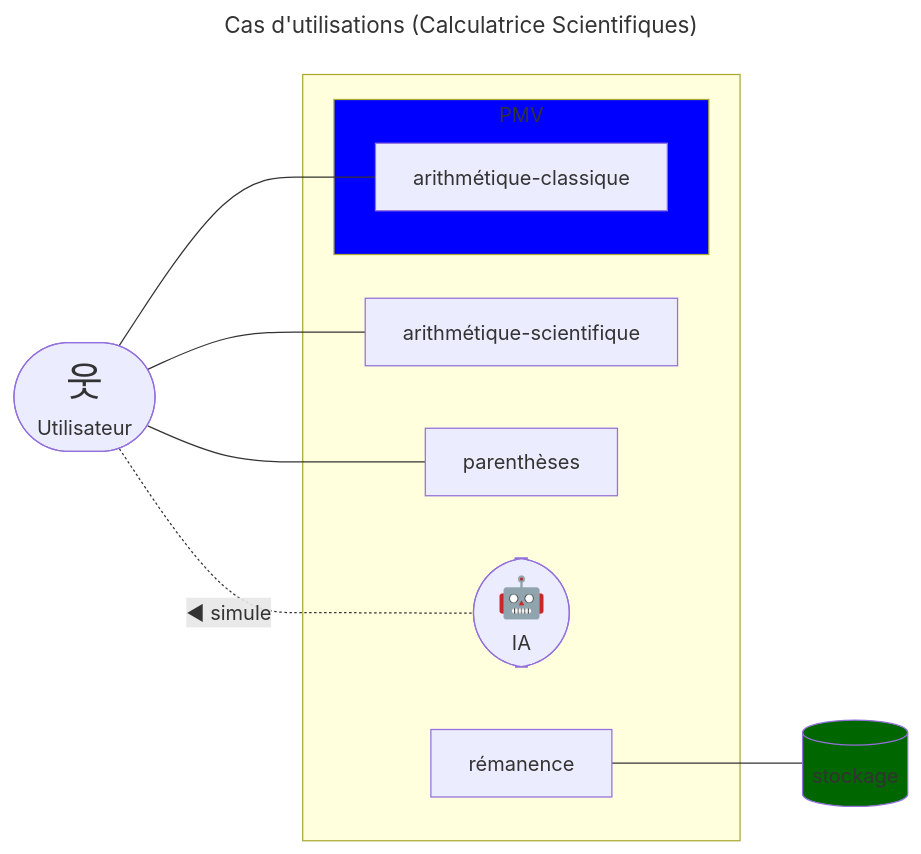
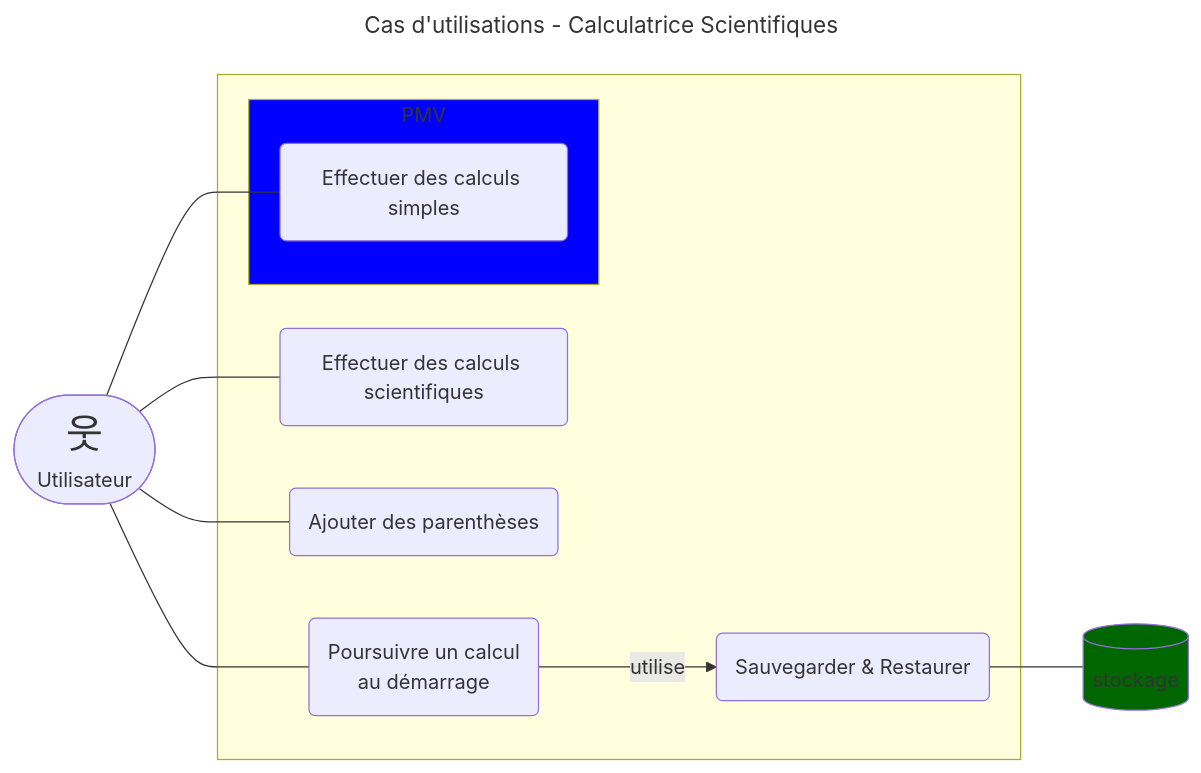
Before and after one commit to frederickjeanguerin/Cours_6M5_Projet_Guide: the first of 3 diagrams in documentation/cas-d-utilisation.md, drawn with Mermaid. The commit also changed other lines of this file, not shown here.

Commit message:
AJOUT sous-diagramme de cas --- close #7

````diff
--- a/documentation/cas-d-utilisation.md
+++ b/documentation/cas-d-utilisation.md
@@ -27,58 +27,51 @@
 ```mermaid
 ---
-title: Cas d'utilisations (Calculatrice Scientifiques)
+title: Cas d'utilisations - Calculatrice Scientifiques
 ---
 %% Type de diagramme: flowchart
 %% Orientation du diagramme: LR (Left to right)
 flowchart LR
     
     %% Définir d'abord les acteurs
     %% Il n'y a pas de stickman en mermaid. 
     %% Mais on peut le simuler avec un caractère coréen
     user(["<span style='font-size:200%'>웃</span><br> Utilisateur"])
     %% Ou encore utiliser un émoji (décommenter la ligne ci-dessous)
     %% user(["<span style='font-size:200%'>👤</span><br> Utilisateur"])
     stockage[(stockage)]
     
     %% Définir ensuite les cas ou fonctionnalités du "système"
     subgraph système ["&nbsp;"]
         %% Identifier les cas faisant partie du PMV
         subgraph PMV
-            arithmétique-classique
-            %% En principe, un use case devrait être un groupe verbal
-            %% Donc le cas ci-dessus aurait du être libellé ainsi:
-            %% arithmétique-classique("Effectuer une opération<br>arithmétique classique")
+            arithmétique-de-base(Effectuer des calculs simples)
         end
         
         %% Ajouter ensuite les cas qui ne font pas partie du PMV
-        arithmétique-scientifique
-        parenthèses
-        rémanence
+        arithmétique-scientifique(Effectuer des calculs scientifiques)
+        parenthèses(Ajouter des parenthèses)
         
-        %% Acteurs internes au système
-        %% Par exemple une intelligence artificielle pour remplacer un utilisateur.
-        %% Plus ou moins pertinent pour une calculatrice mais pourrait vous être utile.
-        IA(["<span style='font-size:200%'>🤖</span><br> IA"])
+        poursuivre("Poursuivre un calcul<br>au démarrage")
+        rémanence(Sauvegarder & Restaurer)
+
+        %% Un cas peut utiliser un autre cas
+        poursuivre -->|utilise| rémanence
     end
     
     %% Définir les liens entre les acteurs et les cas
     %% L'ordre est important et décidera si l'acteur sera positionné
     %%      à gauche ou à droite du système.
     %% Par convention on positionne l'acteur principal à gauche
     %%      et les acteurs secondaires à droite.
-    user --- arithmétique-classique
+    user --- arithmétique-de-base
     user --- parenthèses & arithmétique-scientifique
     rémanence --- stockage
-
-    %% Il n'y a pas de lien d'héritage en mermaid
-    %% On peut le remplacer pour un lien pointillé avec texte explicatif.
-    %% Le triangle (◀ ou ▶) indique la direction de lecture
-    user -.-|◀ simule| IA 
+    user --- poursuivre
 
     %% Définir au besoin des styles particulier
     %% La couleur doit être une couleur CSS valide 
     %% -> https://www.w3schools.com/cssref/css_colors.php.
     style PMV fill:blue
     %% Ou alors hexadécimale à 3 ou 6 chiffres
     style stockage fill:#060
 ```
````
